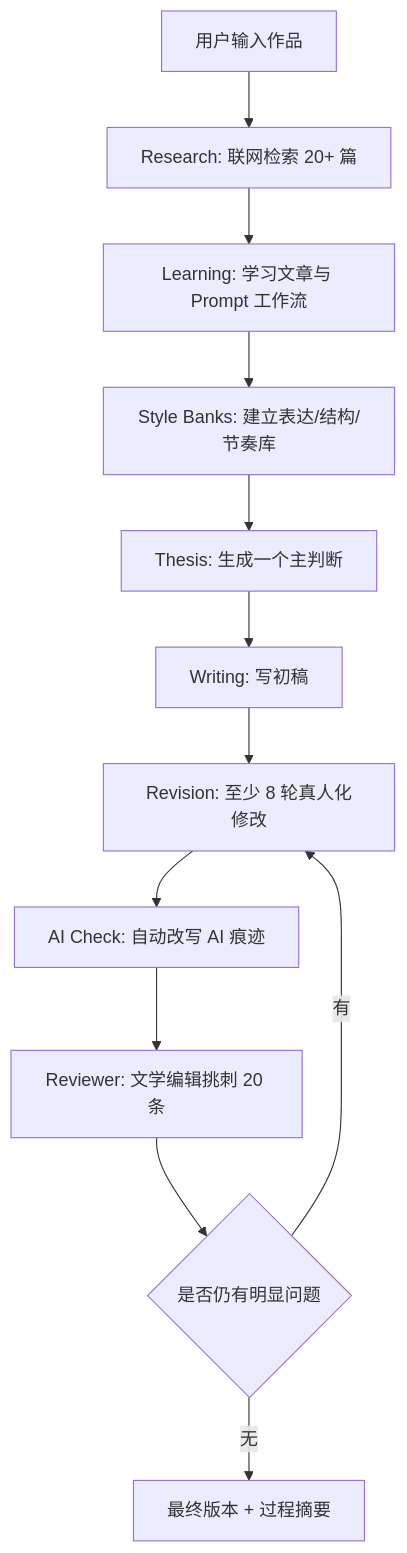
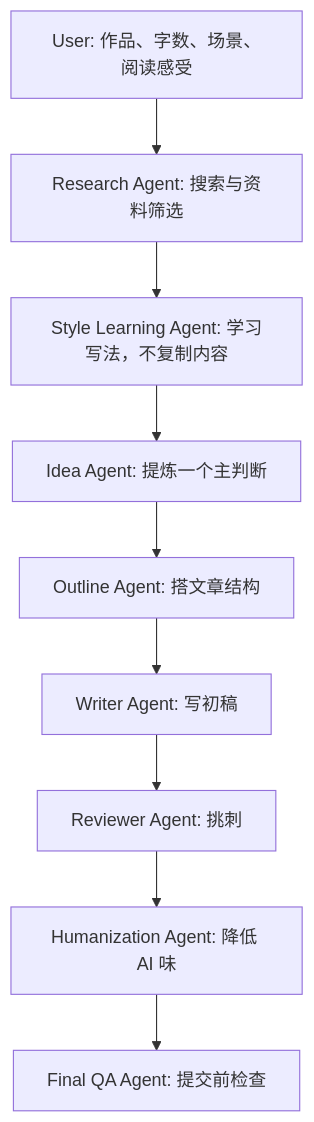
One commit to lyingdowndragon6839-design/Classic-Literary-Review-Skill changed the diagram in README.md. Above: the diagram before and after it, drawn with Mermaid. The commit also changed other lines of this file and 20 other files, not shown here.

Commit message:
refactor: polish repository architecture, workflow and documentation for production quality

````diff
--- a/README.md
+++ b/README.md
@@ -37,14 +23,11 @@
 ```mermaid
 flowchart TD
-    A["用户输入作品"] --> B["Research: 联网检索 20+ 篇"]
-    B --> C["Learning: 学习文章与 Prompt 工作流"]
-    C --> D["Style Banks: 建立表达/结构/节奏库"]
-    D --> E["Thesis: 生成一个主判断"]
-    E --> F["Writing: 写初稿"]
-    F --> G["Revision: 至少 8 轮真人化修改"]
-    G --> H["AI Check: 自动改写 AI 痕迹"]
-    H --> I["Reviewer: 文学编辑挑刺 20 条"]
-    I --> J{"是否仍有明显问题"}
-    J -- "有" --> G
-    J -- "无" --> K["最终版本 + 过程摘要"]
+    A["User: 作品、字数、场景、阅读感受"] --> B["Research Agent: 搜索与资料筛选"]
+    B --> C["Style Learning Agent: 学习写法，不复制内容"]
+    C --> D["Idea Agent: 提炼一个主判断"]
+    D --> E["Outline Agent: 搭文章结构"]
+    E --> F["Writer Agent: 写初稿"]
+    F --> G["Reviewer Agent: 挑刺"]
+    G --> H["Humanization Agent: 降低 AI 味"]
+    H --> I["Final QA Agent: 提交前检查"]
 ```
````
